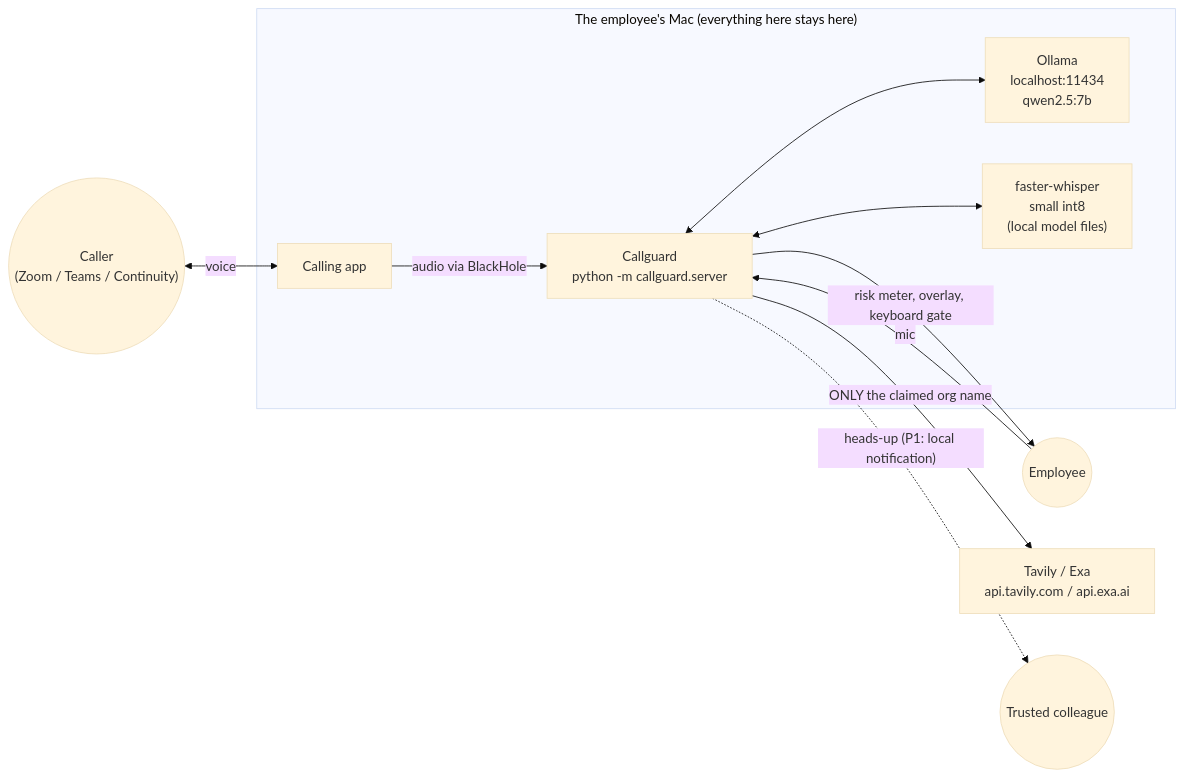
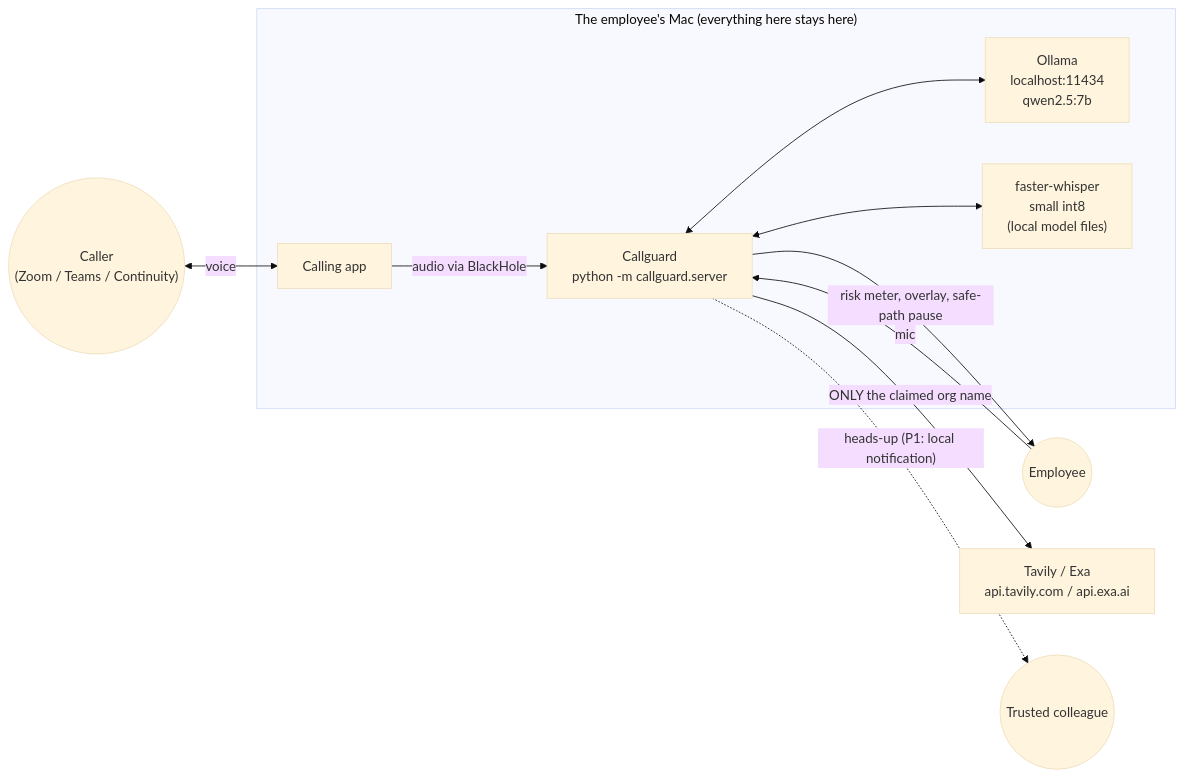
The second of 10 diagrams in hack1984/prd.md (cocoleunghokei/CallGuard), drawn with Mermaid (base theme) before and after one commit. The commit also changed other lines of this file, not shown here.

First line of the commit message:
PRD: cut the hard keyboard gate; the pause never blocks typing

````diff
--- a/hack1984/prd.md
+++ b/hack1984/prd.md
@@ -578,22 +576,22 @@
 ```mermaid
 flowchart LR
     caller(("Caller<br/>(Zoom / Teams / Continuity)"))
     user(("Employee"))
     subgraph mac["The employee's Mac (everything here stays here)"]
         callapp["Calling app"]
         cg["Callguard<br/>python -m callguard.server"]
         ollama["Ollama<br/>localhost:11434<br/>qwen2.5:7b"]
         whisper["faster-whisper<br/>small int8<br/>(local model files)"]
     end
     search["Tavily / Exa<br/>api.tavily.com / api.exa.ai"]
     colleague(("Trusted colleague"))
 
     caller <-- voice --> callapp
     callapp -- "audio via BlackHole" --> cg
     user -- "mic" --> cg
     cg <--> whisper
     cg <--> ollama
     cg -- "ONLY the claimed org name" --> search
     cg -. "heads-up (P1: local notification)" .-> colleague
-    cg -- "risk meter, overlay, keyboard gate" --> user
+    cg -- "risk meter, overlay, safe-path pause" --> user
 ```
````
